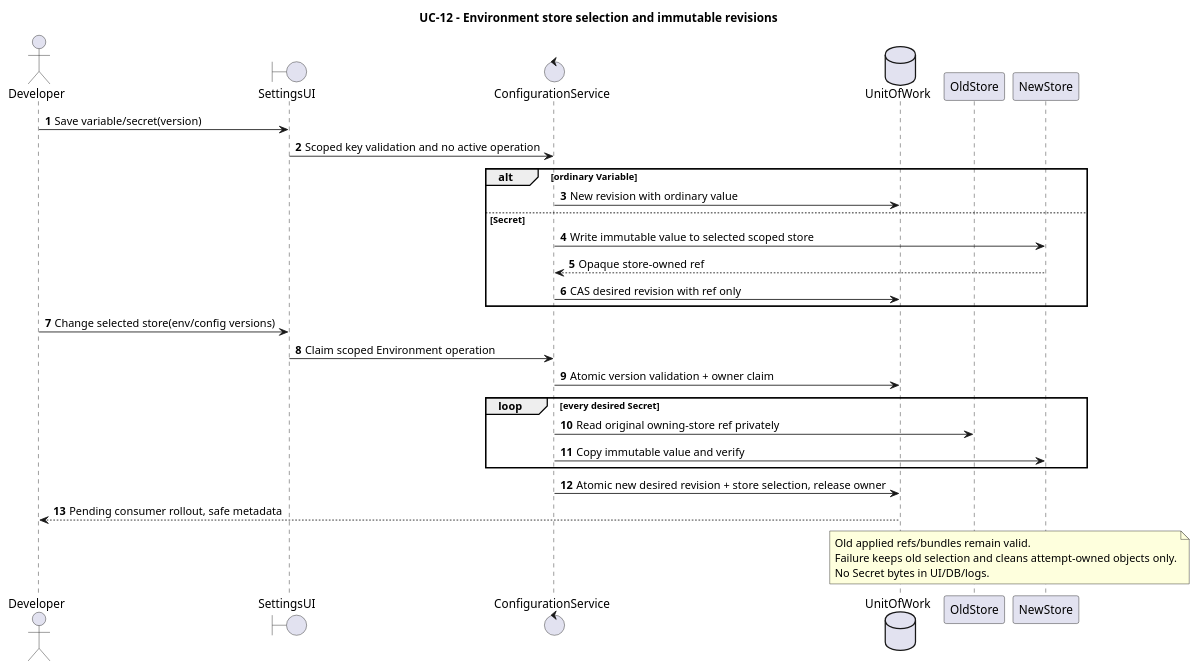
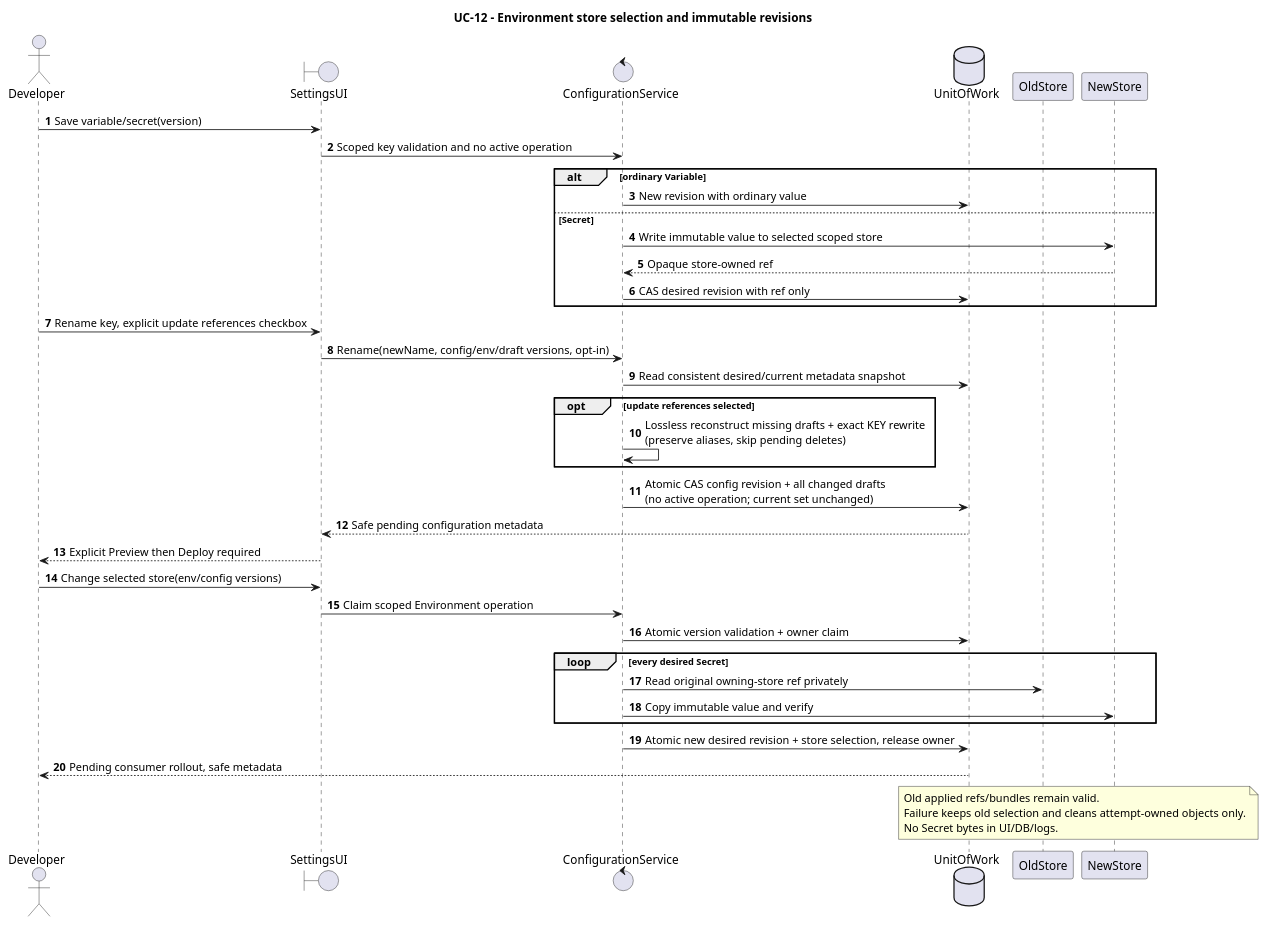
The diagram in orchestrator_docs/usecase/UC-12/sequence.puml (pr3s3nt/poc), drawn with PlantUML before and after one commit. The commit also changed 56 other files, not shown here.

Commit message:
T30: rename keys with atomic desired reference updates

```diff
--- a/orchestrator_docs/usecase/UC-12/sequence.puml
+++ b/orchestrator_docs/usecase/UC-12/sequence.puml
@@ -1,33 +1,42 @@
 @startuml
 title UC-12 - Environment store selection and immutable revisions
 autonumber
 actor Developer as Dev
 boundary SettingsUI as UI
 control ConfigurationService as Config
 database UnitOfWork as DB
 participant OldStore as Old
 participant NewStore as New
 Dev -> UI: Save variable/secret(version)
 UI -> Config: Scoped key validation and no active operation
 alt ordinary Variable
  Config -> DB: New revision with ordinary value
 else Secret
  Config -> New: Write immutable value to selected scoped store
  New --> Config: Opaque store-owned ref
  Config -> DB: CAS desired revision with ref only
 end
+Dev -> UI: Rename key, explicit update references checkbox
+UI -> Config: Rename(newName, config/env/draft versions, opt-in)
+Config -> DB: Read consistent desired/current metadata snapshot
+opt update references selected
+ Config -> Config: Lossless reconstruct missing drafts + exact KEY rewrite\n(preserve aliases, skip pending deletes)
+end
+Config -> DB: Atomic CAS config revision + all changed drafts\n(no active operation; current set unchanged)
+DB --> UI: Safe pending configuration metadata
+UI --> Dev: Explicit Preview then Deploy required
 Dev -> UI: Change selected store(env/config versions)
 UI -> Config: Claim scoped Environment operation
 Config -> DB: Atomic version validation + owner claim
 loop every desired Secret
  Config -> Old: Read original owning-store ref privately
  Config -> New: Copy immutable value and verify
 end
 Config -> DB: Atomic new desired revision + store selection, release owner
 DB --> Dev: Pending consumer rollout, safe metadata
 note over Old,New
 Old applied refs/bundles remain valid.
 Failure keeps old selection and cleans attempt-owned objects only.
 No Secret bytes in UI/DB/logs.
 end note
 @enduml
```
